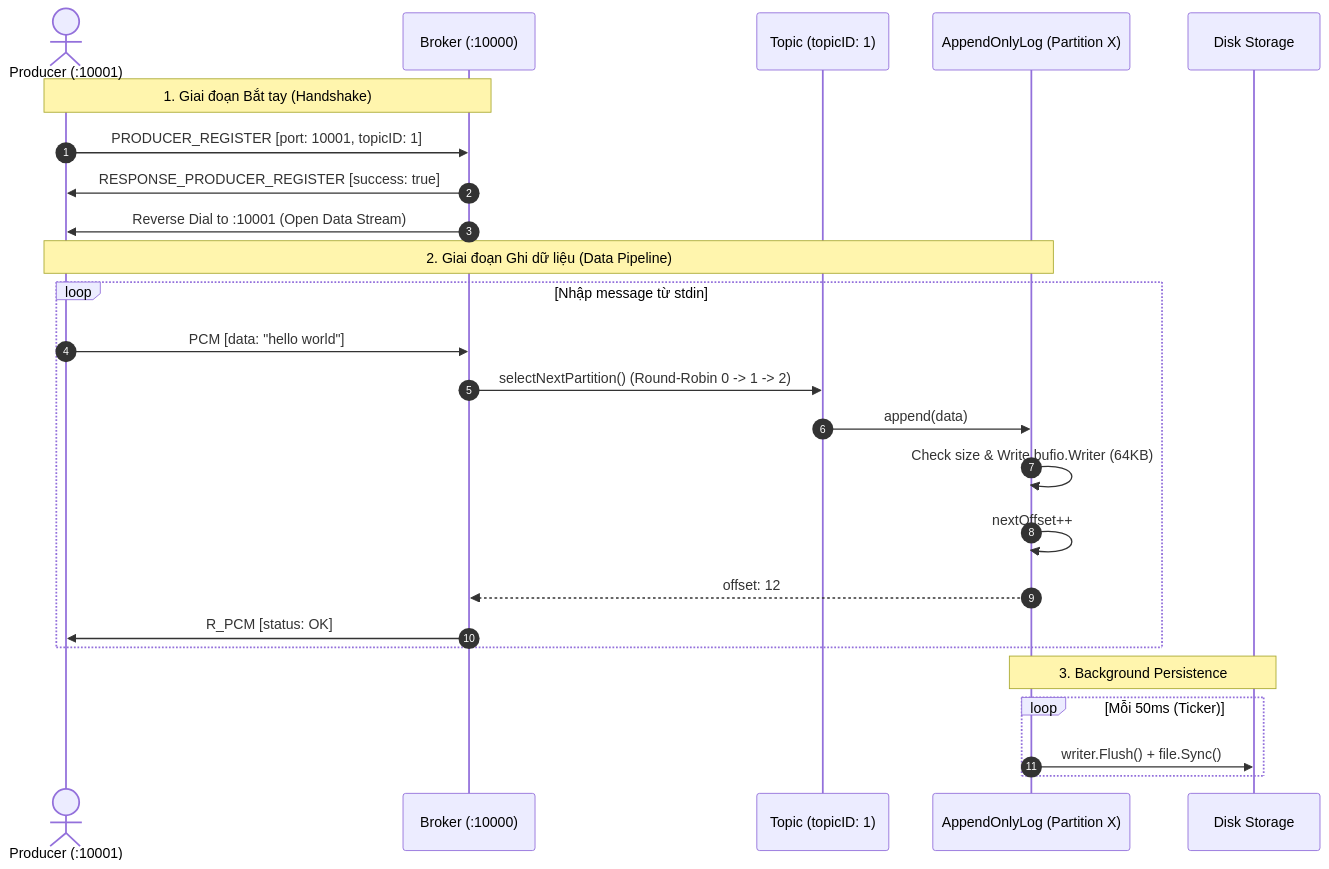
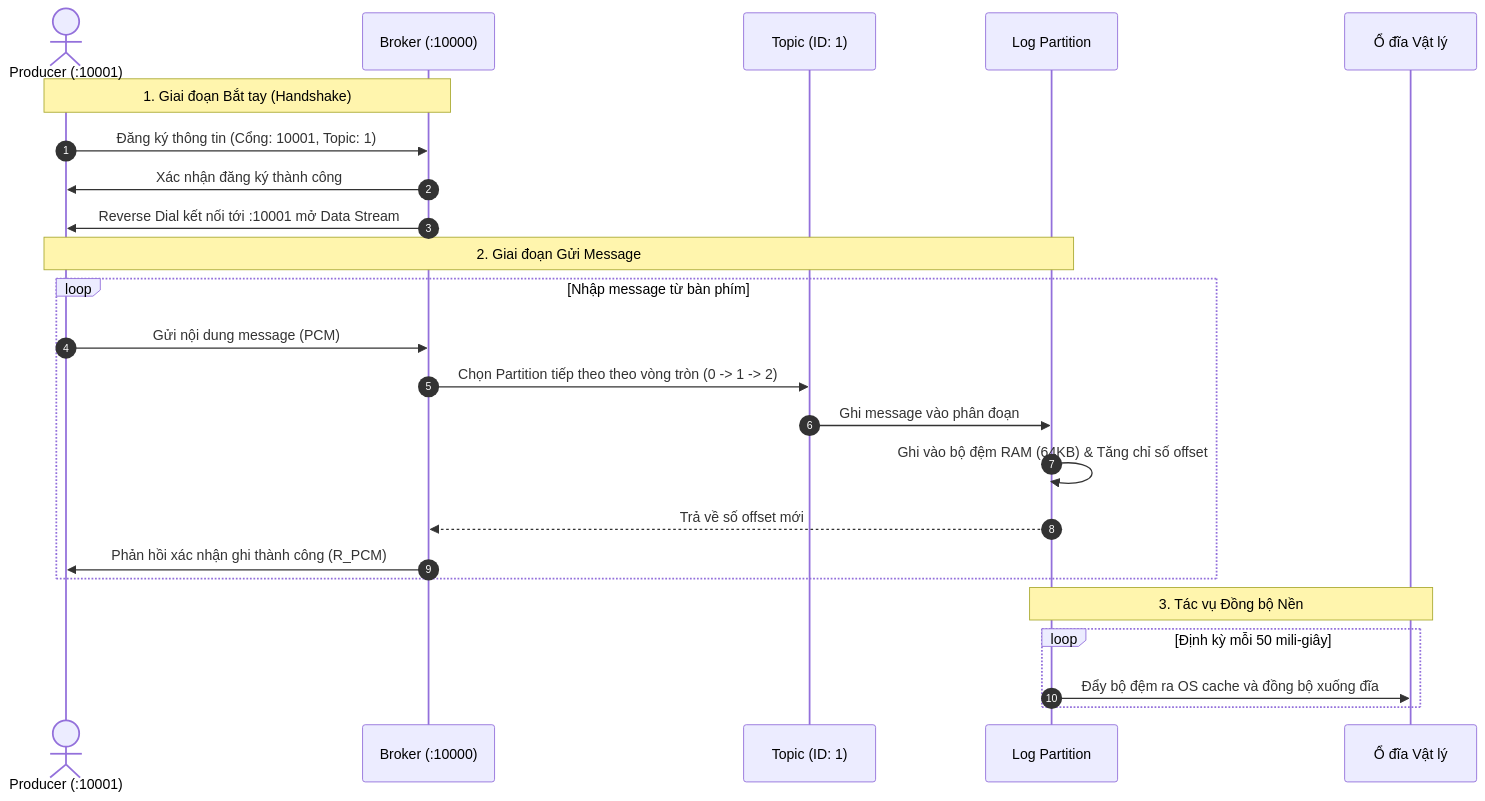
Before and after one commit to dykh061/Distributed_message_queue: the fourth of 6 diagrams in README.md, drawn with Mermaid. The commit also changed other lines of this file, not shown here.

````diff
--- a/README.md
+++ b/README.md
@@ -191,30 +204,29 @@
 ```mermaid
 sequenceDiagram
     autonumber
     actor P as Producer (:10001)
     participant B as Broker (:10000)
-    participant T as Topic (topicID: 1)
-    participant AOL as AppendOnlyLog (Partition X)
-    participant D as Disk Storage
+    participant T as Topic (ID: 1)
+    participant L as Log Partition
+    participant D as Ổ đĩa Vật lý
 
     Note over P, B: 1. Giai đoạn Bắt tay (Handshake)
-    P->>B: PRODUCER_REGISTER [port: 10001, topicID: 1]
-    B->>P: RESPONSE_PRODUCER_REGISTER [success: true]
-    B->>P: Reverse Dial to :10001 (Open Data Stream)
+    P->>B: Đăng ký thông tin (Cổng: 10001, Topic: 1)
+    B->>P: Xác nhận đăng ký thành công
+    B->>P: Reverse Dial kết nối tới :10001 mở Data Stream
 
-    Note over P, AOL: 2. Giai đoạn Ghi dữ liệu (Data Pipeline)
-    loop Nhập message từ stdin
-        P->>B: PCM [data: "hello world"]
-        B->>T: selectNextPartition() (Round-Robin 0 -> 1 -> 2)
-        T->>AOL: append(data)
-        AOL->>AOL: Check size & Write bufio.Writer (64KB)
-        AOL->>AOL: nextOffset++
-        AOL-->>B: offset: 12
-        B->>P: R_PCM [status: OK]
+    Note over P, L: 2. Giai đoạn Gửi Message
+    loop Nhập message từ bàn phím
+        P->>B: Gửi nội dung message (PCM)
+        B->>T: Chọn Partition tiếp theo theo vòng tròn (0 -> 1 -> 2)
+        T->>L: Ghi message vào phân đoạn
+        L->>L: Ghi vào bộ đệm RAM (64KB) & Tăng chỉ số offset
+        L-->>B: Trả về số offset mới
+        B->>P: Phản hồi xác nhận ghi thành công (R_PCM)
     end
 
-    Note over AOL, D: 3. Background Persistence
-    loop Mỗi 50ms (Ticker)
-        AOL->>D: writer.Flush() + file.Sync()
+    Note over L, D: 3. Tác vụ Đồng bộ Nền
+    loop Định kỳ mỗi 50 mili-giây
+        L->>D: Đẩy bộ đệm ra OS cache và đồng bộ xuống đĩa
     end
 ```
````
